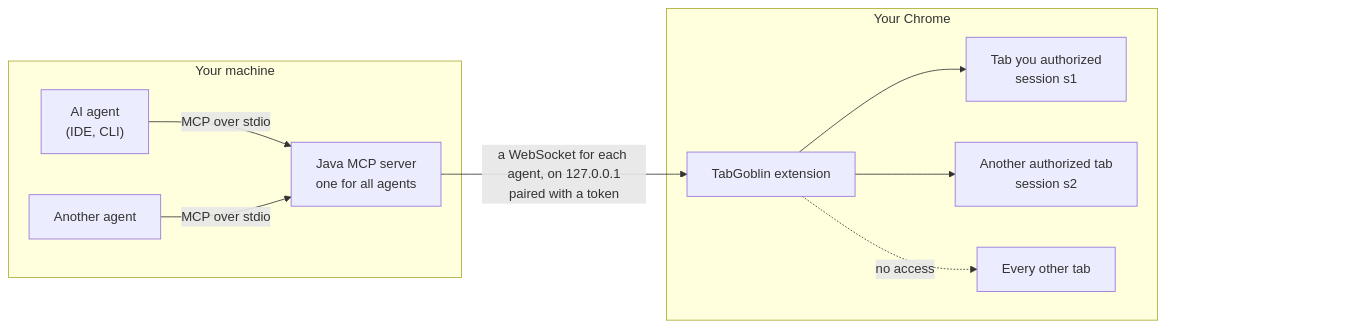
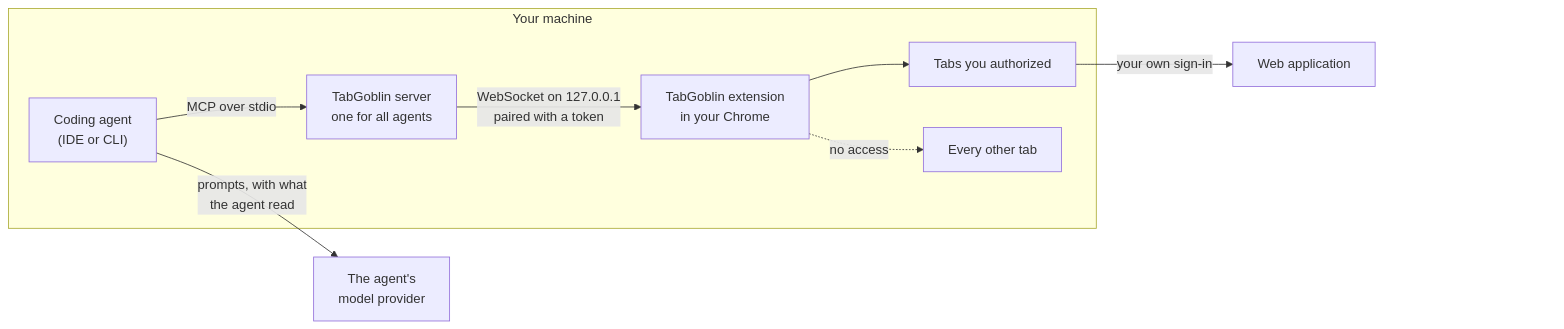
One commit to LaughingManCommits/TabGoblin changed the diagram in README.md. Above: the diagram before and after it, drawn with Mermaid. The commit also changed other lines of this file and 24 other files, not shown here.

````diff
--- a/README.md
+++ b/README.md
@@ -14,18 +61,15 @@
 ```mermaid
 flowchart LR
-  subgraph IDE["Your machine"]
-    A1["AI agent<br/>(IDE, CLI)"] -- "MCP over stdio" --> S["Java MCP server<br/>one for all agents"]
-    A2["Another agent"] -- "MCP over stdio" --> S
+  subgraph local["Your machine"]
+    AGENT["Coding agent<br/>(IDE or CLI)"] -- "MCP over stdio" --> SERVER["TabGoblin server<br/>one for all agents"]
+    SERVER -- "WebSocket on 127.0.0.1<br/>paired with a token" --> EXT["TabGoblin extension<br/>in your Chrome"]
+    EXT --> TAB["Tabs you authorized"]
+    EXT -. "no access" .-> OTHER["Every other tab"]
   end
-  subgraph Chrome["Your Chrome"]
-    X["TabGoblin extension"] --> T1["Tab you authorized<br/>session s1"]
-    X --> T2["Another authorized tab<br/>session s2"]
-    X -. "no access" .-> T3["Every other tab"]
-  end
-  S -- "a WebSocket for each agent, on 127.0.0.1<br/>paired with a token" --> X
-  %% Empty places at the right edge: GitHub lays its zoom buttons over the bottom right corner of a
-  %% diagram. One was too little: an empty box has next to no width there, only the gap before it.
-  T3 ~~~ ROOM1[" "] ~~~ ROOM2[" "]
+  AGENT -- "prompts, with what<br/>the agent read" --> MODEL["The agent's<br/>model provider"]
+  TAB -- "your own sign-in" --> APP["Web application"]
+  %% Empty places at the right edge: GitHub lays its zoom buttons over the bottom right corner.
+  APP ~~~ ROOM1[" "] ~~~ ROOM2[" "]
   style ROOM1 fill:none,stroke:none
   style ROOM2 fill:none,stroke:none
 ```
````
